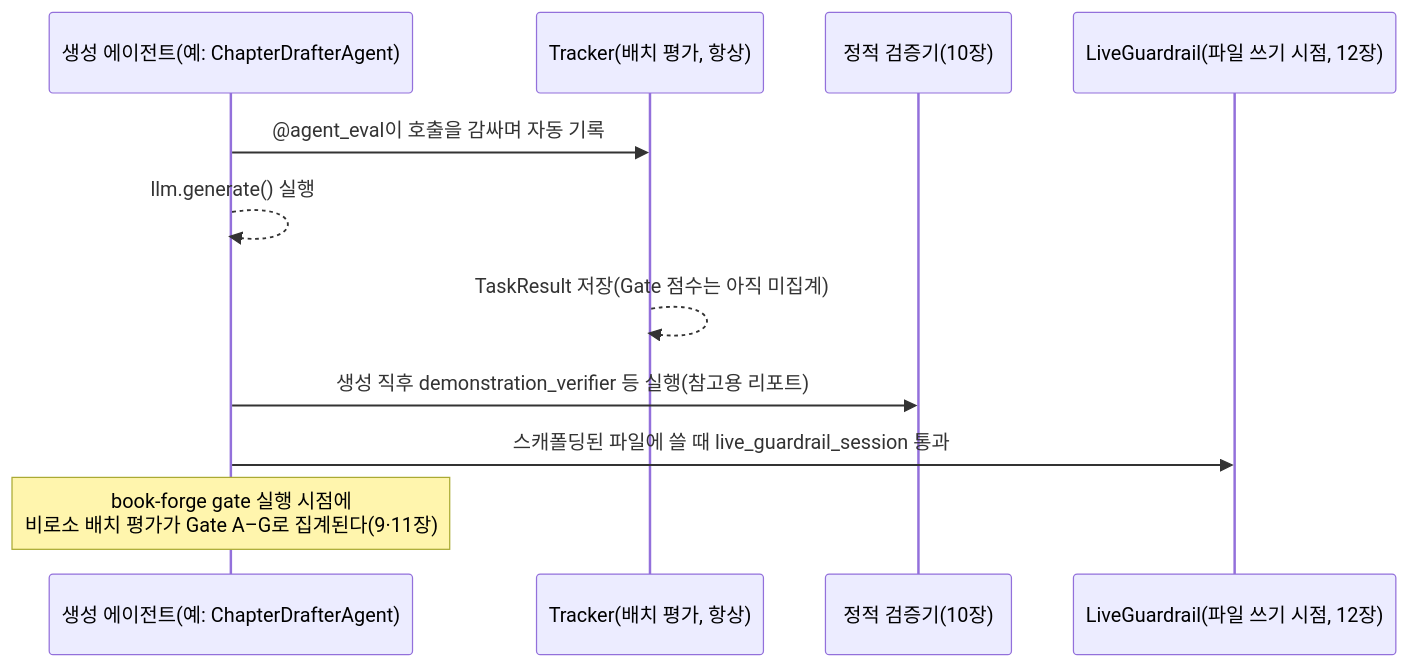
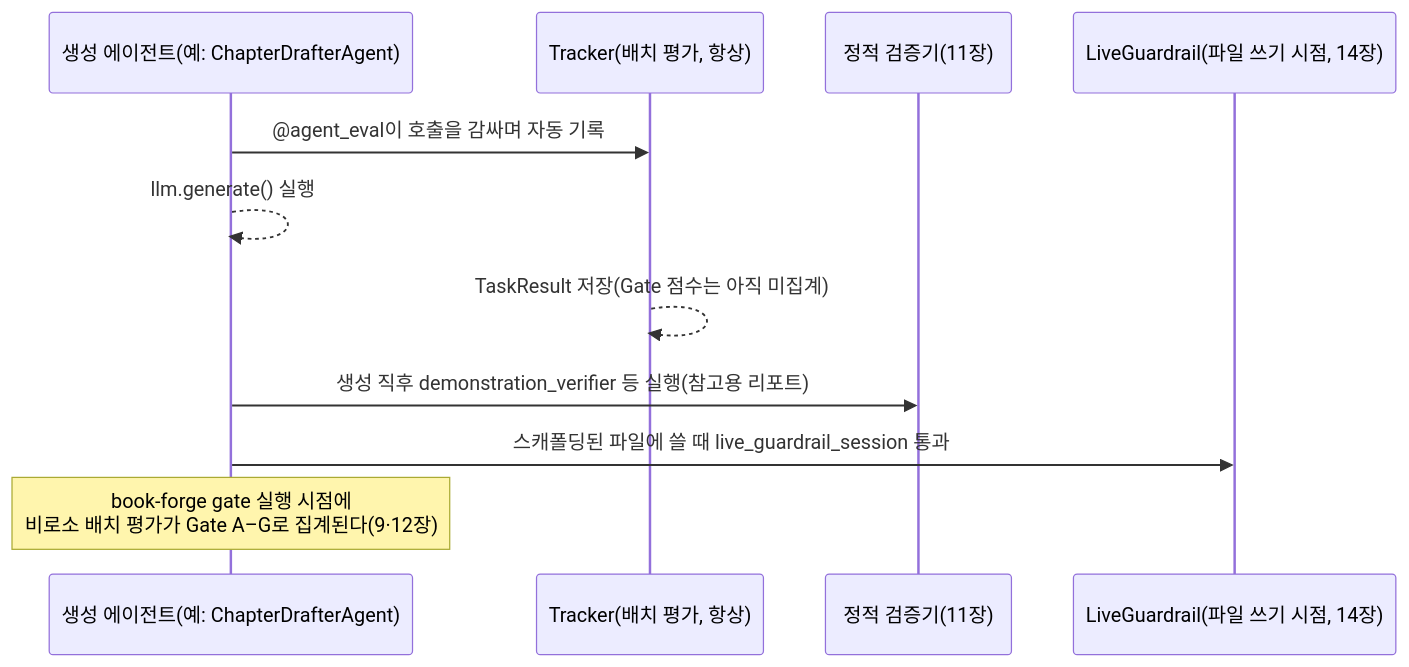
The diagram in Book/99_맺음말.md (bullpeng72/Book-forge), drawn with Mermaid before and after one commit. The commit also changed other lines of this file and 71 other files, not shown here.

````diff
--- a/Book/99_맺음말.md
+++ b/Book/99_맺음말.md
@@ -17,14 +17,14 @@
 ```mermaid
 sequenceDiagram
     participant D as 생성 에이전트(예: ChapterDrafterAgent)
     participant Tr as Tracker(배치 평가, 항상)
-    participant St as 정적 검증기(10장)
-    participant LG as LiveGuardrail(파일 쓰기 시점, 12장)
+    participant St as 정적 검증기(11장)
+    participant LG as LiveGuardrail(파일 쓰기 시점, 14장)
 
     D->>Tr: @agent_eval이 호출을 감싸며 자동 기록
     D-->>D: llm.generate() 실행
     Tr-->>Tr: TaskResult 저장(Gate 점수는 아직 미집계)
     D->>St: 생성 직후 demonstration_verifier 등 실행(참고용 리포트)
     D->>LG: 스캐폴딩된 파일에 쓸 때 live_guardrail_session 통과
-    Note over D: book-forge gate 실행 시점에<br/>비로소 배치 평가가 Gate A–G로 집계된다(9·11장)
+    Note over D: book-forge gate 실행 시점에<br/>비로소 배치 평가가 Gate A–G로 집계된다(9·12장)
 ```
````
